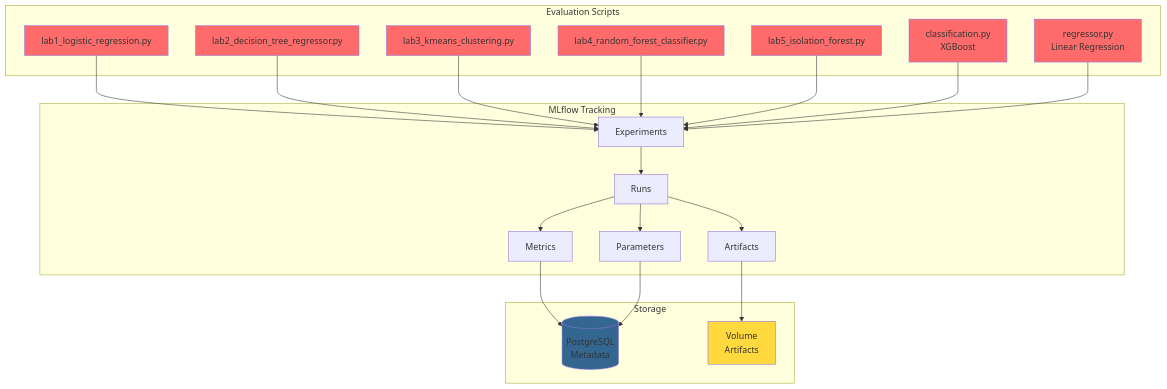
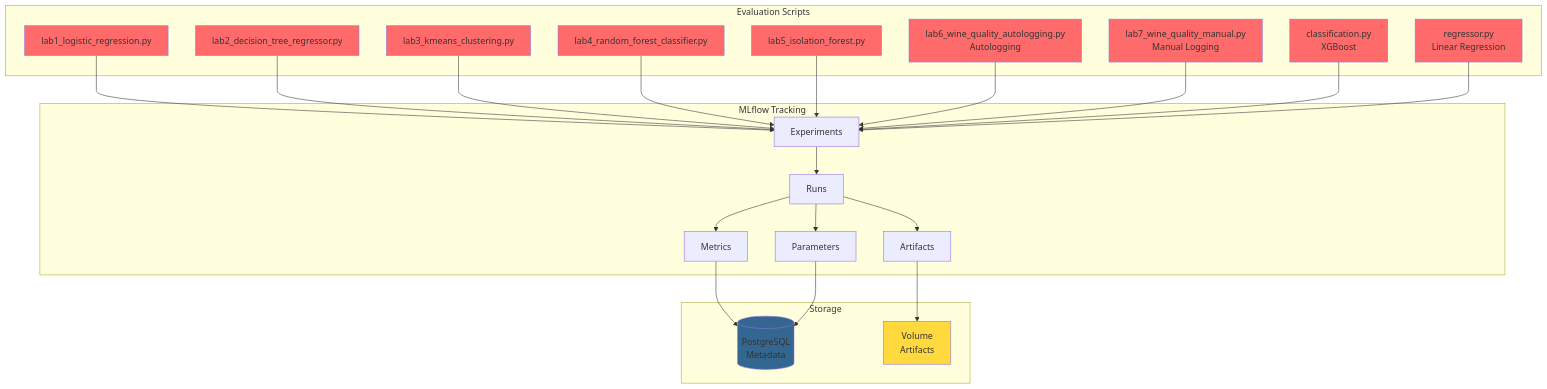
Before and after one commit to faizulkhan56/mlflow_evaluation_lab: the seventh of 8 diagrams in MEDIUM.md, drawn with Mermaid. The commit also changed other lines of this file and 17 other files, not shown here.

````diff
--- a/MEDIUM.md
+++ b/MEDIUM.md
@@ -1870,52 +2253,58 @@
 ```mermaid
 graph TB
     subgraph "Evaluation Scripts"
         LAB1[lab1_logistic_regression.py]
         LAB2[lab2_decision_tree_regressor.py]
         LAB3[lab3_kmeans_clustering.py]
         LAB4[lab4_random_forest_classifier.py]
         LAB5[lab5_isolation_forest.py]
+        LAB6[lab6_wine_quality_autologging.py<br/>Autologging]
+        LAB7[lab7_wine_quality_manual.py<br/>Manual Logging]
         CLASS[classification.py<br/>XGBoost]
         REG[regressor.py<br/>Linear Regression]
     end
     
     subgraph "MLflow Tracking"
         EXP[Experiments]
         RUNS[Runs]
         METRICS[Metrics]
         PARAMS[Parameters]
         ARTIFACTS[Artifacts]
     end
     
     subgraph "Storage"
         PG[(PostgreSQL<br/>Metadata)]
         VOL[Volume<br/>Artifacts]
     end
     
     LAB1 --> EXP
     LAB2 --> EXP
     LAB3 --> EXP
     LAB4 --> EXP
     LAB5 --> EXP
+    LAB6 --> EXP
+    LAB7 --> EXP
     CLASS --> EXP
     REG --> EXP
     
     EXP --> RUNS
     RUNS --> METRICS
     RUNS --> PARAMS
     RUNS --> ARTIFACTS
     
     METRICS --> PG
     PARAMS --> PG
     ARTIFACTS --> VOL
     
     style LAB1 fill:#FF6B6B
     style LAB2 fill:#FF6B6B
     style LAB3 fill:#FF6B6B
     style LAB4 fill:#FF6B6B
     style LAB5 fill:#FF6B6B
+    style LAB6 fill:#FF6B6B
+    style LAB7 fill:#FF6B6B
     style CLASS fill:#FF6B6B
     style REG fill:#FF6B6B
     style PG fill:#336791
     style VOL fill:#FFD93D
 ```
````
